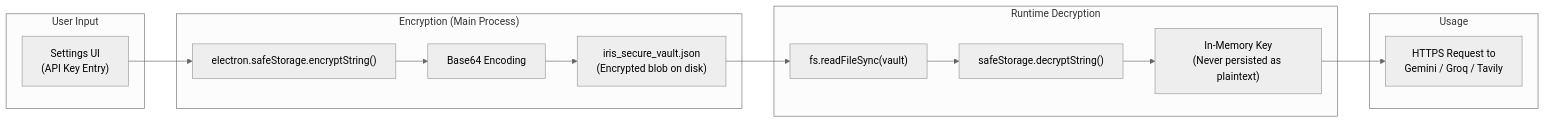
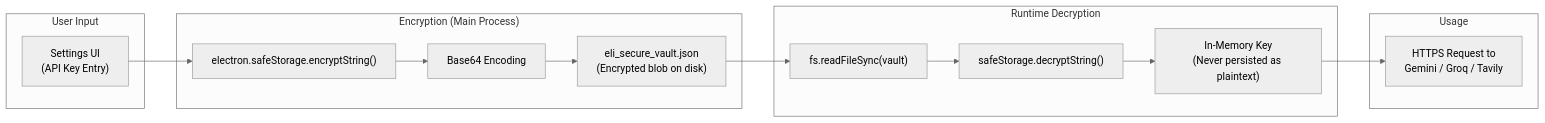
One commit to krishrathi1/Next-Gen-Friend changed the ninth of 11 diagrams in ARCHITECTURE.md. Above: the diagram before and after it, drawn with Mermaid (neutral theme). The commit also changed other lines of this file and 2 other files, not shown here.

Commit message:
chore: rename project references from iris to eli and add social preview asset

````diff
--- a/ARCHITECTURE.md
+++ b/ARCHITECTURE.md
@@ -267,31 +267,31 @@
 ```mermaid
 graph LR
     subgraph "User Input"
         Settings["Settings UI<br/>(API Key Entry)"]
     end
 
     subgraph "Encryption (Main Process)"
         Safe["electron.safeStorage.encryptString()"]
         B64["Base64 Encoding"]
-        File["iris_secure_vault.json<br/>(Encrypted blob on disk)"]
+        File["eli_secure_vault.json<br/>(Encrypted blob on disk)"]
     end
 
     subgraph "Runtime Decryption"
         Read["fs.readFileSync(vault)"]
         Decrypt["safeStorage.decryptString()"]
         Memory["In-Memory Key<br/>(Never persisted as plaintext)"]
     end
 
     subgraph "Usage"
         API["HTTPS Request to<br/>Gemini / Groq / Tavily"]
     end
 
     Settings --> Safe
     Safe --> B64
     B64 --> File
 
     File --> Read
     Read --> Decrypt
     Decrypt --> Memory
     Memory --> API
 ```
````
